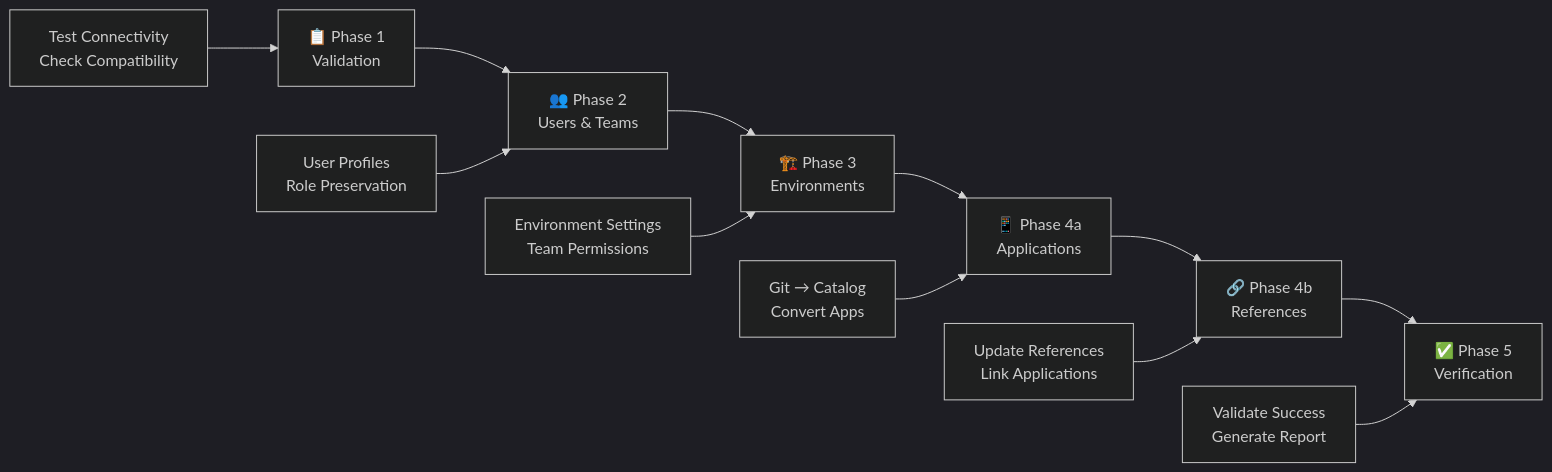
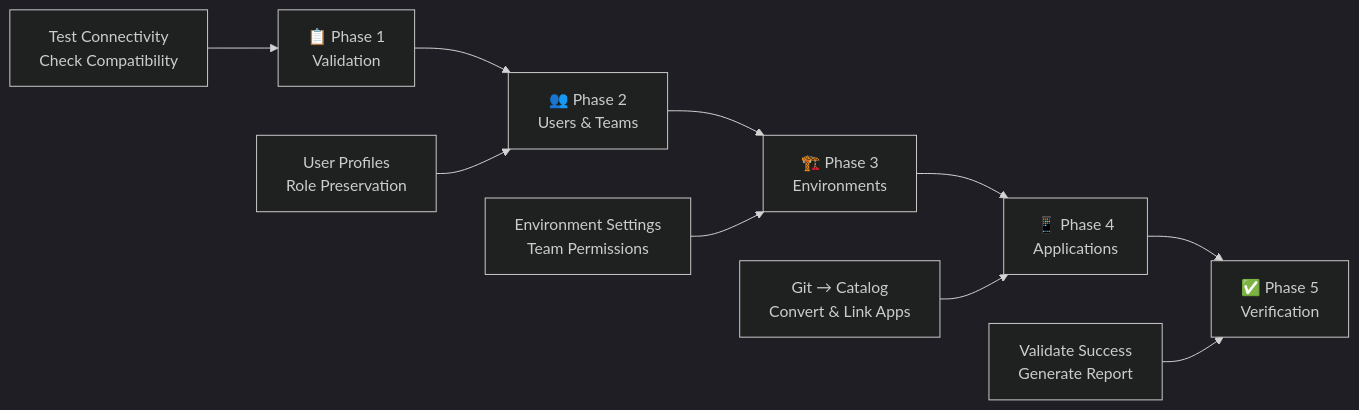
Before and after one commit to nirmata/nirmata-admin-scripts: the diagram in cross_environment_migration/README.md, drawn with Mermaid (dark theme). The commit also changed other lines of this file and 26 other files, not shown here.

````diff
--- a/cross_environment_migration/README.md
+++ b/cross_environment_migration/README.md
@@ -163,15 +121,13 @@
 ```mermaid
 graph LR
     A[📋 Phase 1<br/>Validation] --> B[👥 Phase 2<br/>Users & Teams]
     B --> C[🏗️ Phase 3<br/>Environments]
-    C --> D[📱 Phase 4a<br/>Applications]
-    D --> E[🔗 Phase 4b<br/>References]
-    E --> F[✅ Phase 5<br/>Verification]
+    C --> D[📱 Phase 4<br/>Applications]
+    D --> E[✅ Phase 5<br/>Verification]
     
     A1[Test Connectivity<br/>Check Compatibility] --> A
     B1[User Profiles<br/>Role Preservation] --> B
     C1[Environment Settings<br/>Team Permissions] --> C
-    D1[Git → Catalog<br/>Convert Apps] --> D
-    E1[Update References<br/>Link Applications] --> E
-    F1[Validate Success<br/>Generate Report] --> F
+    D1[Git → Catalog<br/>Convert & Link Apps] --> D
+    E1[Validate Success<br/>Generate Report] --> E
 ```
````
